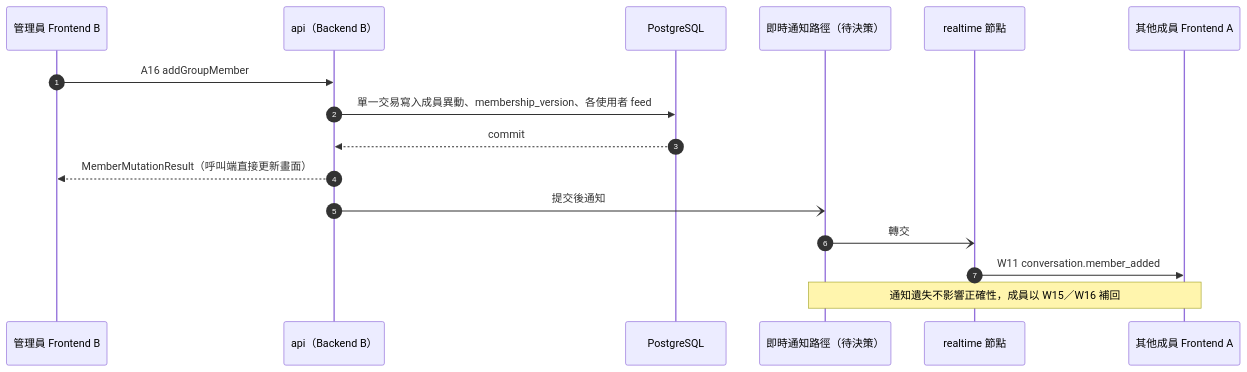
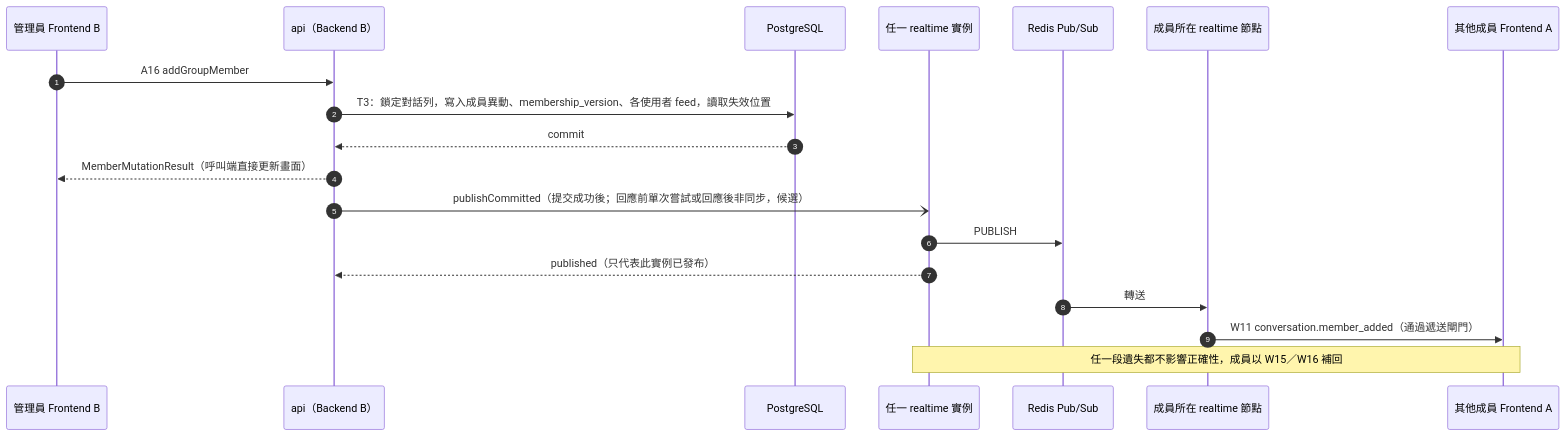
The fifth of 10 diagrams in docs/architecture/README.md (LeoCheng-space/Hine), drawn with Mermaid before and after one commit. The commit also changed other lines of this file and 43 other files, not shown here.

````diff
--- a/docs/architecture/README.md
+++ b/docs/architecture/README.md
@@ -200,18 +202,21 @@
 ```mermaid
 sequenceDiagram
   autonumber
   participant A as 管理員 Frontend B
   participant B as api（Backend B）
   participant DB as PostgreSQL
-  participant N as 即時通知路徑（待決策）
-  participant R as realtime 節點
+  participant RX as 任一 realtime 實例
+  participant PS as Redis Pub/Sub
+  participant R as 成員所在 realtime 節點
   participant M as 其他成員 Frontend A
   A->>B: A16 addGroupMember
-  B->>DB: 單一交易寫入成員異動、membership_version、各使用者 feed
+  B->>DB: T3：鎖定對話列，寫入成員異動、membership_version、各使用者 feed，讀取失效位置
   DB-->>B: commit
   B-->>A: MemberMutationResult（呼叫端直接更新畫面）
-  B-)N: 提交後通知
-  N-)R: 轉交
-  R->>M: W11 conversation.member_added
-  Note over N,M: 通知遺失不影響正確性，成員以 W15／W16 補回
+  B-)RX: publishCommitted（提交成功後；回應前單次嘗試或回應後非同步，候選）
+  RX->>PS: PUBLISH
+  RX-->>B: published（只代表此實例已發布）
+  PS->>R: 轉送
+  R->>M: W11 conversation.member_added（通過遞送閘門）
+  Note over RX,M: 任一段遺失都不影響正確性，成員以 W15／W16 補回
 ```
````
